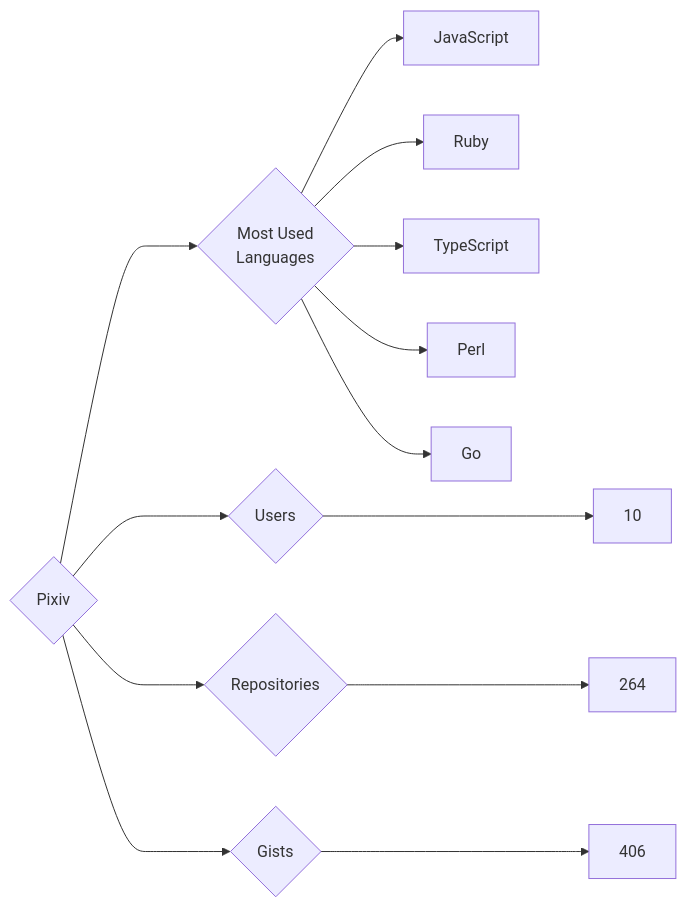
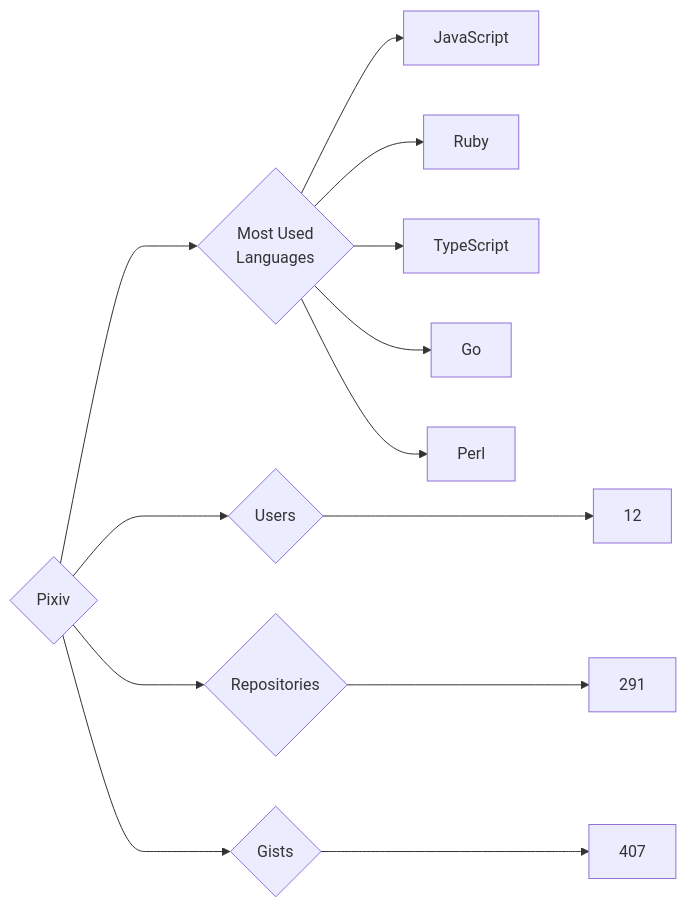
Before and after one commit to trickest/insiders: the diagram in targets/Pixiv/README.md, drawn with Mermaid. The commit also changed 928 other files, not shown here.

````diff
--- a/targets/Pixiv/README.md
+++ b/targets/Pixiv/README.md
@@ -3,13 +3,13 @@
 ```mermaid
 graph LR
 COMPANY_NAME{Pixiv}
-COMPANY_NAME ---> U{Users} ---> UN[10]
-COMPANY_NAME ---> R{Repositories} ---> RN[264]
-COMPANY_NAME ---> G{Gists} ---> GN[406]
+COMPANY_NAME ---> U{Users} ---> UN[12]
+COMPANY_NAME ---> R{Repositories} ---> RN[291]
+COMPANY_NAME ---> G{Gists} ---> GN[407]
 COMPANY_NAME ---> ML{Most Used<br>Languages}
 ML --> JavaScript[JavaScript]
 ML --> Ruby[Ruby]
 ML --> TypeScript[TypeScript]
+ML --> Go[Go]
 ML --> Perl[Perl]
-ML --> Go[Go]
 ```
````
